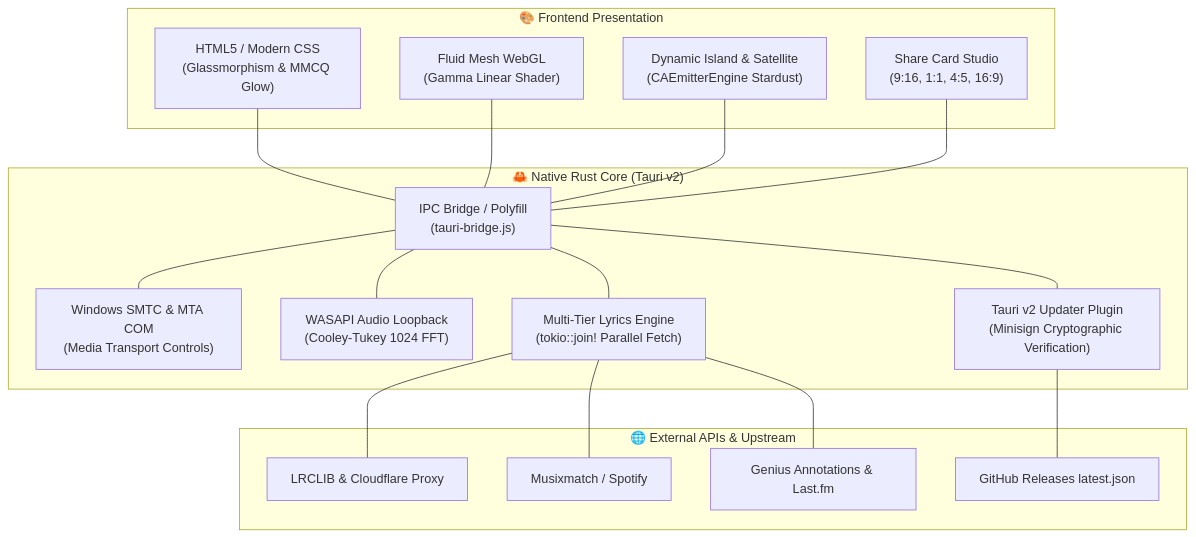
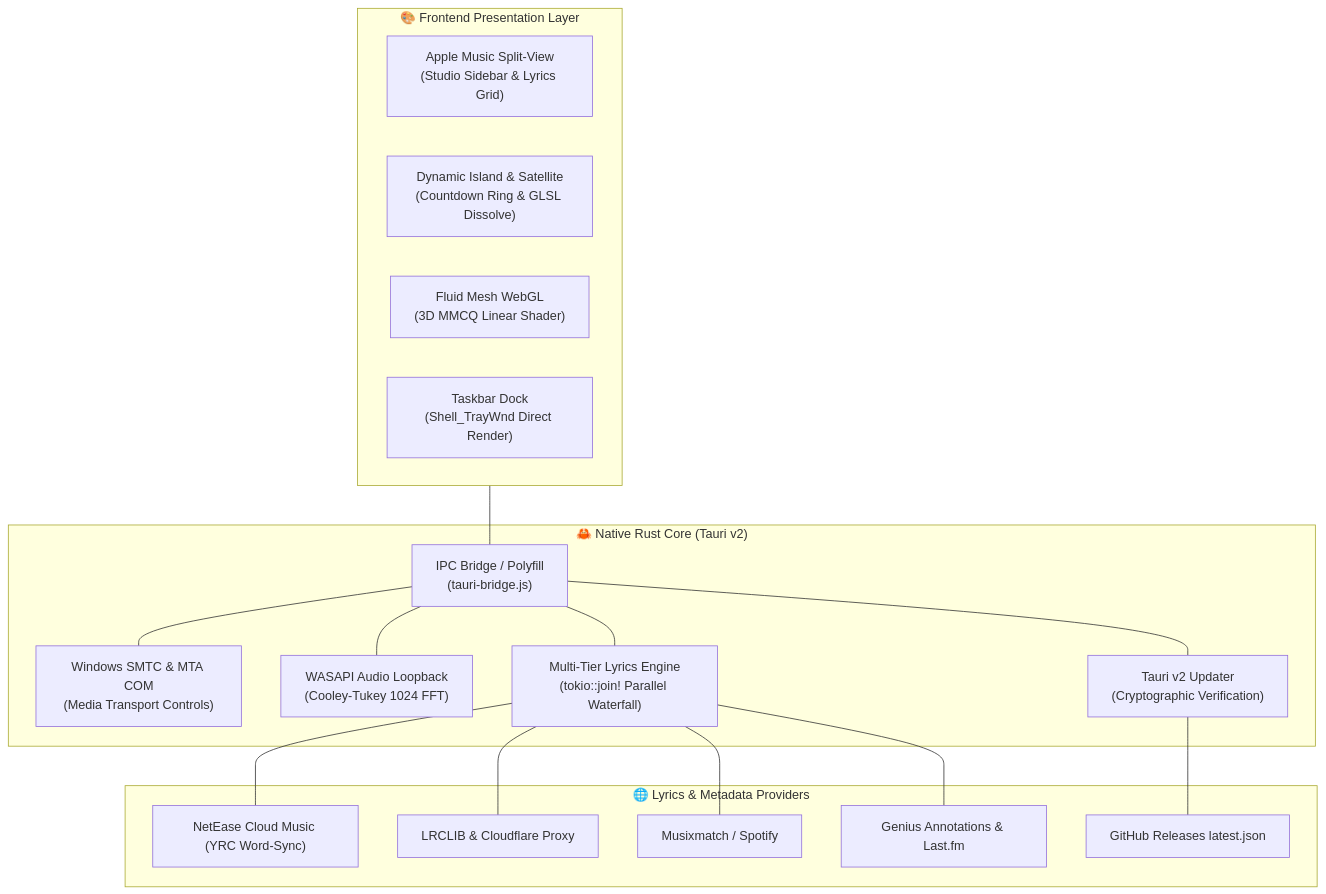
Before and after one commit to badghost001/LyricFlow: the diagram in README.md, drawn with Mermaid. The commit also changed other lines of this file and 27 other files, not shown here.

First line of the commit message:
feat: release v1.44.0 Apple Music Studio, Dynamic Island Evolution, Visualizer Interlude Halt & Desync Elimination

````diff
--- a/README.md
+++ b/README.md
@@ -255,39 +254,37 @@
 ```mermaid
 flowchart TD
-    subgraph UI ["🎨 Frontend Presentation"]
-        DOM["HTML5 / Modern CSS\n(Glassmorphism & MMCQ Glow)"]
-        Mesh["Fluid Mesh WebGL\n(Gamma Linear Shader)"]
-        Island["Dynamic Island & Satellite\n(CAEmitterEngine Stardust)"]
-        Share["Share Card Studio\n(9:16, 1:1, 4:5, 16:9)"]
+    subgraph UI ["🎨 Frontend Presentation Layer"]
+        Studio["Apple Music Split-View\n(Studio Sidebar & Lyrics Grid)"]
+        Island["Dynamic Island & Satellite\n(Countdown Ring & GLSL Dissolve)"]
+        Mesh["Fluid Mesh WebGL\n(3D MMCQ Linear Shader)"]
+        Taskbar["Taskbar Dock\n(Shell_TrayWnd Direct Render)"]
     end
 
     subgraph Rust ["🦀 Native Rust Core (Tauri v2)"]
         Bridge["IPC Bridge / Polyfill\n(tauri-bridge.js)"]
         SMTC["Windows SMTC & MTA COM\n(Media Transport Controls)"]
         WASAPI["WASAPI Audio Loopback\n(Cooley-Tukey 1024 FFT)"]
-        Engine["Multi-Tier Lyrics Engine\n(tokio::join! Parallel Fetch)"]
-        Updater["Tauri v2 Updater Plugin\n(Minisign Cryptographic Verification)"]
+        Engine["Multi-Tier Lyrics Engine\n(tokio::join! Parallel Waterfall)"]
+        Updater["Tauri v2 Updater\n(Cryptographic Verification)"]
     end
 
-    subgraph Cloud ["🌐 External APIs & Upstream"]
+    subgraph Cloud ["🌐 Lyrics & Metadata Providers"]
+        NetEase["NetEase Cloud Music (YRC Word-Sync)"]
         LRCLIB["LRCLIB & Cloudflare Proxy"]
         Musixmatch["Musixmatch / Spotify"]
         Genius["Genius Annotations & Last.fm"]
         OTA["GitHub Releases latest.json"]
     end
 
-    DOM --- Bridge
-    Mesh --- Bridge
-    Island --- Bridge
-    Share --- Bridge
-
+    UI --- Bridge
     Bridge --- SMTC
     Bridge --- WASAPI
     Bridge --- Engine
     Bridge --- Updater
 
+    Engine --- NetEase
     Engine --- LRCLIB
     Engine --- Musixmatch
     Engine --- Genius
     Updater --- OTA
 ```
````
